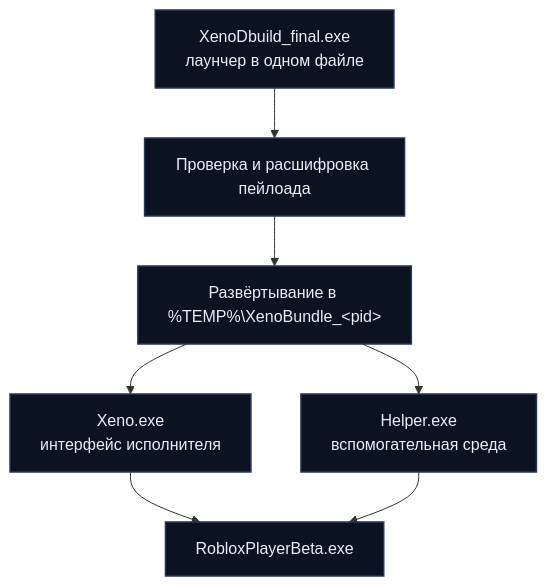
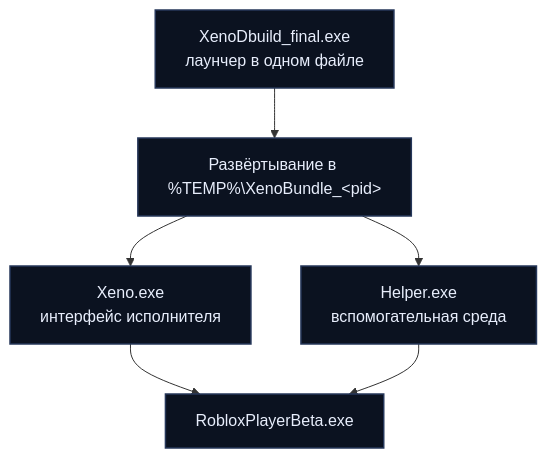
One commit to PentagonBroker/Xeno-Roblox_V1.3.65 changed the diagram in README.md. Above: the diagram before and after it, drawn with Mermaid. The commit also changed other lines of this file, not shown here.

First line of the commit message:
Revise Xeno functionality and flowchart in README

````diff
--- a/README.md
+++ b/README.md
@@ -131,11 +131,10 @@
 ```mermaid
 flowchart TD
-    A["XenoDbuild_final.exe<br/>лаунчер в одном файле"] --> B["Проверка и расшифровка пейлоада"]
-    B --> C["Развёртывание в %TEMP%\XenoBundle_&lt;pid&gt;"]
-    C --> D["Xeno.exe<br/>интерфейс исполнителя"]
-    C --> E["Helper.exe<br/>вспомогательная среда"]
-    D --> F["RobloxPlayerBeta.exe"]
-    E --> F
+    A["XenoDbuild_final.exe<br/>лаунчер в одном файле"] --> B["Развёртывание в %TEMP%\XenoBundle_&lt;pid&gt;"]
+    B --> C["Xeno.exe<br/>интерфейс исполнителя"]
+    B --> D["Helper.exe<br/>вспомогательная среда"]
+    C --> E["RobloxPlayerBeta.exe"]
+    D --> E
     classDef node fill:#0b1220,stroke:#26375a,stroke-width:1.5px,color:#e8eefc;
-    class A,B,C,D,E,F node;
+    class A,B,C,D,E node;
 ```
````
